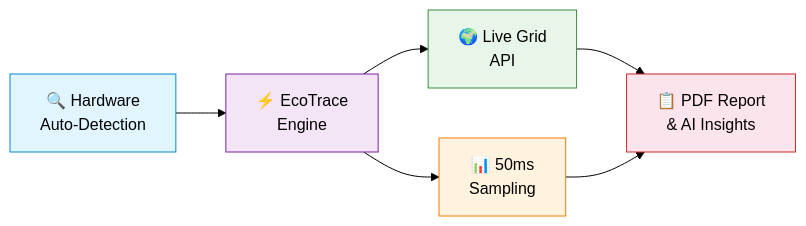
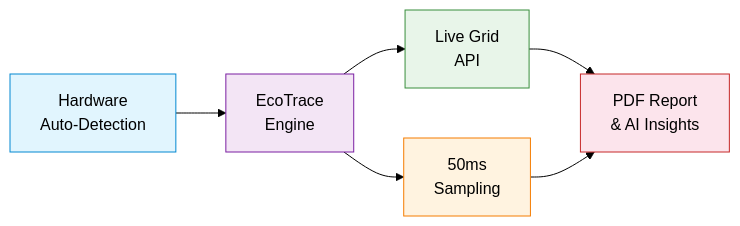
Before and after one commit to Zwony/ecotrace: the first of 2 diagrams in README.MD, drawn with Mermaid (forest theme). The commit also changed other lines of this file and 6 other files, not shown here.

````diff
--- a/README.MD
+++ b/README.MD
@@ -51,13 +44,13 @@
 ```mermaid
 graph LR
-    A["🔍 Hardware<br/>Auto-Detection"] --> B["⚡ EcoTrace<br/>Engine"]
-    B --> C["🌍 Live Grid<br/>API"]
-    B --> D["📊 50ms<br/>Sampling"]
-    C --> E["📋 PDF Report<br/>& AI Insights"]
+    A["Hardware<br/>Auto-Detection"] --> B["EcoTrace<br/>Engine"]
+    B --> C["Live Grid<br/>API"]
+    B --> D["50ms<br/>Sampling"]
+    C --> E["PDF Report<br/>& AI Insights"]
     D --> E
     style A fill:#e1f5fe,stroke:#0288d1,color:#000
     style B fill:#f3e5f5,stroke:#7b1fa2,color:#000
     style C fill:#e8f5e9,stroke:#388e3c,color:#000
     style D fill:#fff3e0,stroke:#f57c00,color:#000
     style E fill:#fce4ec,stroke:#c62828,color:#000
 ```
````
